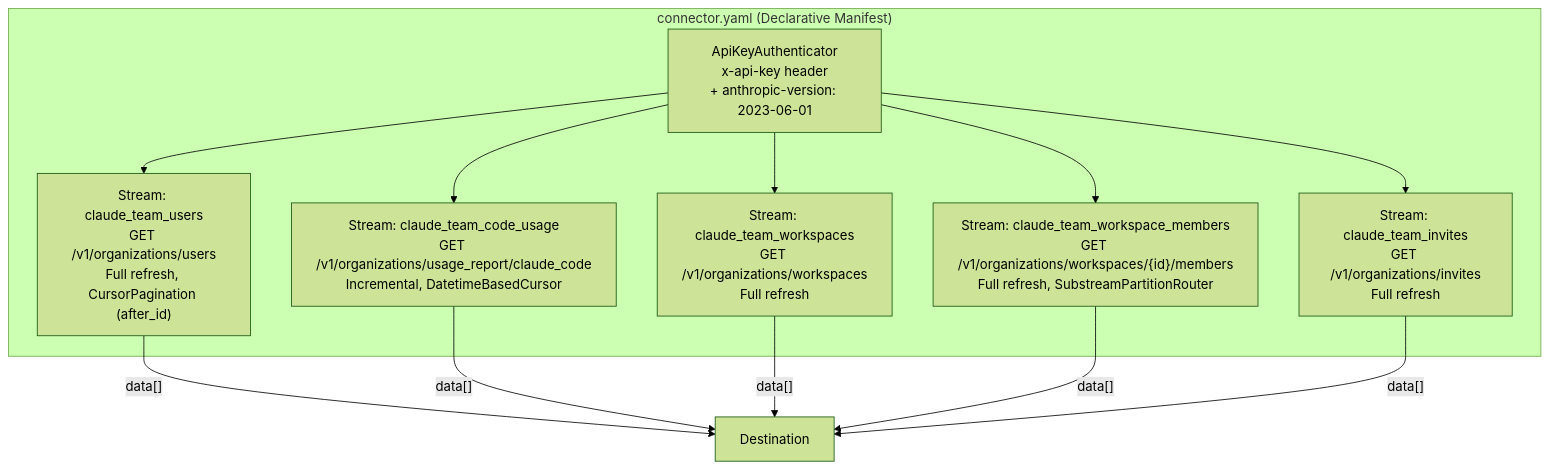
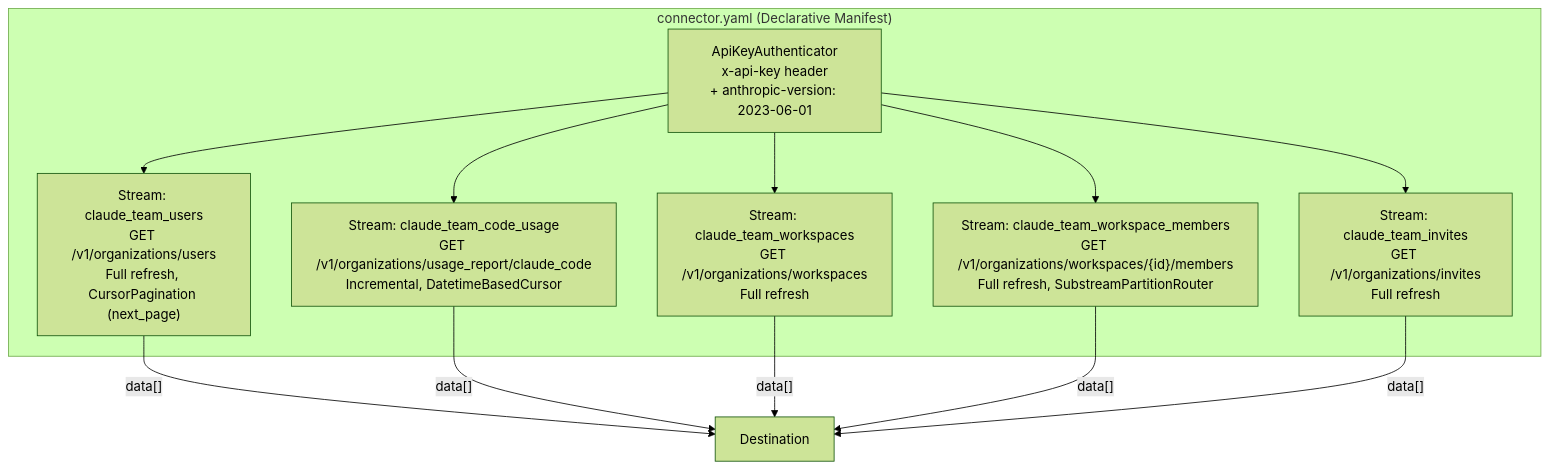
Before and after one commit to dzarlax/insight: the second of 3 diagrams in docs/components/connectors/ai/claude-team/specs/DESIGN.md, drawn with Mermaid (forest theme). The commit also changed other lines of this file and 20 other files, not shown here.

Commit message:
Initializes databases and tables, adds migration few one-time sql's to fill person and alias tables from claude and cursor users

````diff
--- a/docs/components/connectors/ai/claude-team/specs/DESIGN.md
+++ b/docs/components/connectors/ai/claude-team/specs/DESIGN.md
@@ -187,18 +193,18 @@
 ```mermaid
 graph TD
     subgraph Manifest["connector.yaml (Declarative Manifest)"]
         Auth["ApiKeyAuthenticator<br/>x-api-key header<br/>+ anthropic-version: 2023-06-01"]
-        S1["Stream: claude_team_users<br/>GET /v1/organizations/users<br/>Full refresh, CursorPagination (after_id)"]
+        S1["Stream: claude_team_users<br/>GET /v1/organizations/users<br/>Full refresh, CursorPagination (next_page)"]
         S2["Stream: claude_team_code_usage<br/>GET /v1/organizations/usage_report/claude_code<br/>Incremental, DatetimeBasedCursor"]
         S3["Stream: claude_team_workspaces<br/>GET /v1/organizations/workspaces<br/>Full refresh"]
         S4["Stream: claude_team_workspace_members<br/>GET /v1/organizations/workspaces/{id}/members<br/>Full refresh, SubstreamPartitionRouter"]
         S5["Stream: claude_team_invites<br/>GET /v1/organizations/invites<br/>Full refresh"]
         Auth --> S1 & S2 & S3 & S4 & S5
     end
 
     S1 -->|"data[]"| Dest["Destination"]
     S2 -->|"data[]"| Dest
     S3 -->|"data[]"| Dest
     S4 -->|"data[]"| Dest
     S5 -->|"data[]"| Dest
 ```
````
